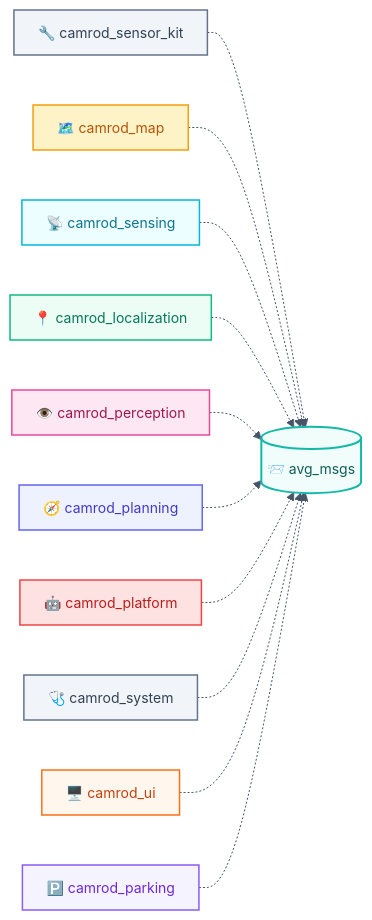
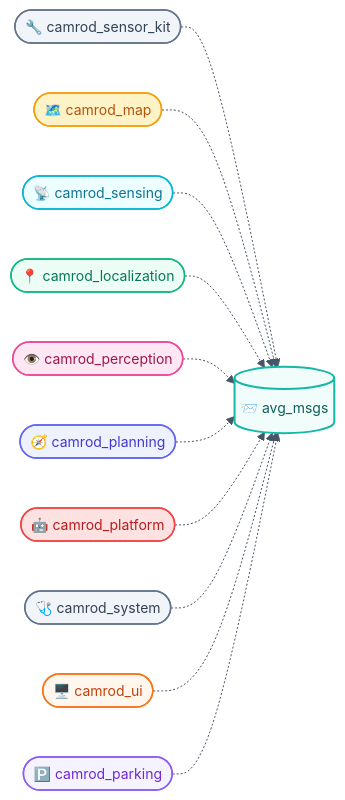
One commit to hwanhonglee/CAMROD changed the second of 2 diagrams in camrod_common/avg_msgs/README.md. Above: the diagram before and after it, drawn with Mermaid. The commit also changed other lines of this file and 12 other files, not shown here.

First line of the commit message:
docs(v4): unified Mermaid shape convention + runtime data flow diagram

````diff
--- a/camrod_common/avg_msgs/README.md
+++ b/camrod_common/avg_msgs/README.md
@@ -87,27 +87,27 @@
 ```mermaid
 %%{init: {'theme': 'base', 'themeVariables': {'fontFamily': 'ui-sans-serif, system-ui, sans-serif', 'fontSize': '14px', 'primaryColor': '#F0FDFA', 'primaryTextColor': '#0F172A', 'primaryBorderColor': '#14B8A6', 'lineColor': '#475569'}, 'flowchart': {'curve': 'basis', 'htmlLabels': true, 'padding': 12}}}%%
 graph LR
-  SKIT[🔧 camrod_sensor_kit]:::system       -.-> AVG
-  MAP[🗺️ camrod_map]:::mapping              -.-> AVG
-  SENS[📡 camrod_sensing]:::sensing         -.-> AVG
-  LOC[📍 camrod_localization]:::localization -.-> AVG
-  PER[👁️ camrod_perception]:::perception   -.-> AVG
-  PLAN[🧭 camrod_planning]:::planning       -.-> AVG
-  PLAT[🤖 camrod_platform]:::platform       -.-> AVG
-  SYS[🩺 camrod_system]:::system            -.-> AVG
-  UI[🖥️ camrod_ui]:::ui                    -.-> AVG
-  PARK[🅿️ camrod_parking]:::parking        -.-> AVG
+  SKIT([🔧 camrod_sensor_kit]):::system       -.-> AVG
+  MAP([🗺️ camrod_map]):::mapping              -.-> AVG
+  SENS([📡 camrod_sensing]):::sensing         -.-> AVG
+  LOC([📍 camrod_localization]):::localization -.-> AVG
+  PER([👁️ camrod_perception]):::perception   -.-> AVG
+  PLAN([🧭 camrod_planning]):::planning       -.-> AVG
+  PLAT([🤖 camrod_platform]):::platform       -.-> AVG
+  SYS([🩺 camrod_system]):::system            -.-> AVG
+  UI([🖥️ camrod_ui]):::ui                    -.-> AVG
+  PARK([🅿️ camrod_parking]):::parking        -.-> AVG
 
   AVG[(📨 avg_msgs)]:::iface
 
   classDef iface        fill:#F0FDFA,stroke:#14B8A6,stroke-width:2px,color:#115E59;
   classDef sensing      fill:#ECFEFF,stroke:#06B6D4,stroke-width:1.5px,color:#0E7490;
   classDef localization fill:#ECFDF5,stroke:#10B981,stroke-width:1.5px,color:#047857;
   classDef mapping      fill:#FEF3C7,stroke:#F59E0B,stroke-width:1.5px,color:#B45309;
   classDef perception   fill:#FCE7F3,stroke:#EC4899,stroke-width:1.5px,color:#9D174D;
   classDef planning     fill:#EEF2FF,stroke:#6366F1,stroke-width:1.5px,color:#4338CA;
   classDef platform     fill:#FEE2E2,stroke:#EF4444,stroke-width:1.5px,color:#B91C1C;
   classDef parking      fill:#F5F3FF,stroke:#8B5CF6,stroke-width:1.5px,color:#6D28D9;
   classDef system       fill:#F1F5F9,stroke:#64748B,stroke-width:1.5px,color:#334155;
   classDef ui           fill:#FFF7ED,stroke:#F97316,stroke-width:1.5px,color:#C2410C;
 ```
````
